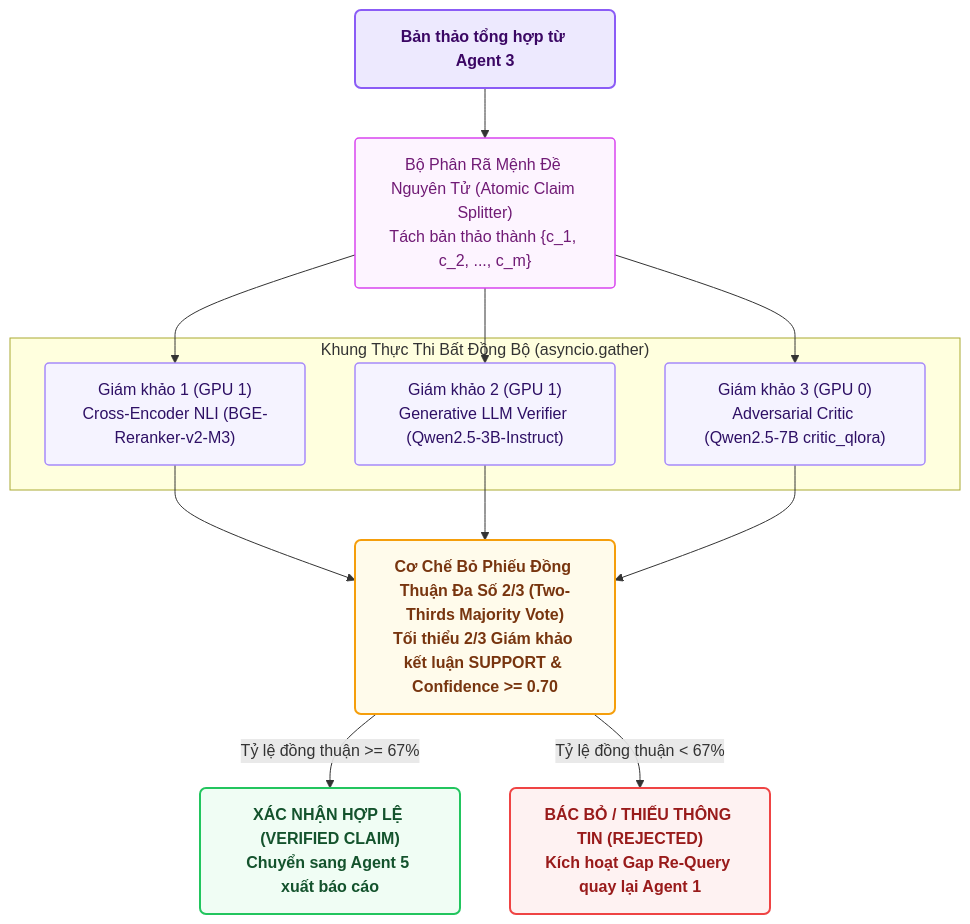
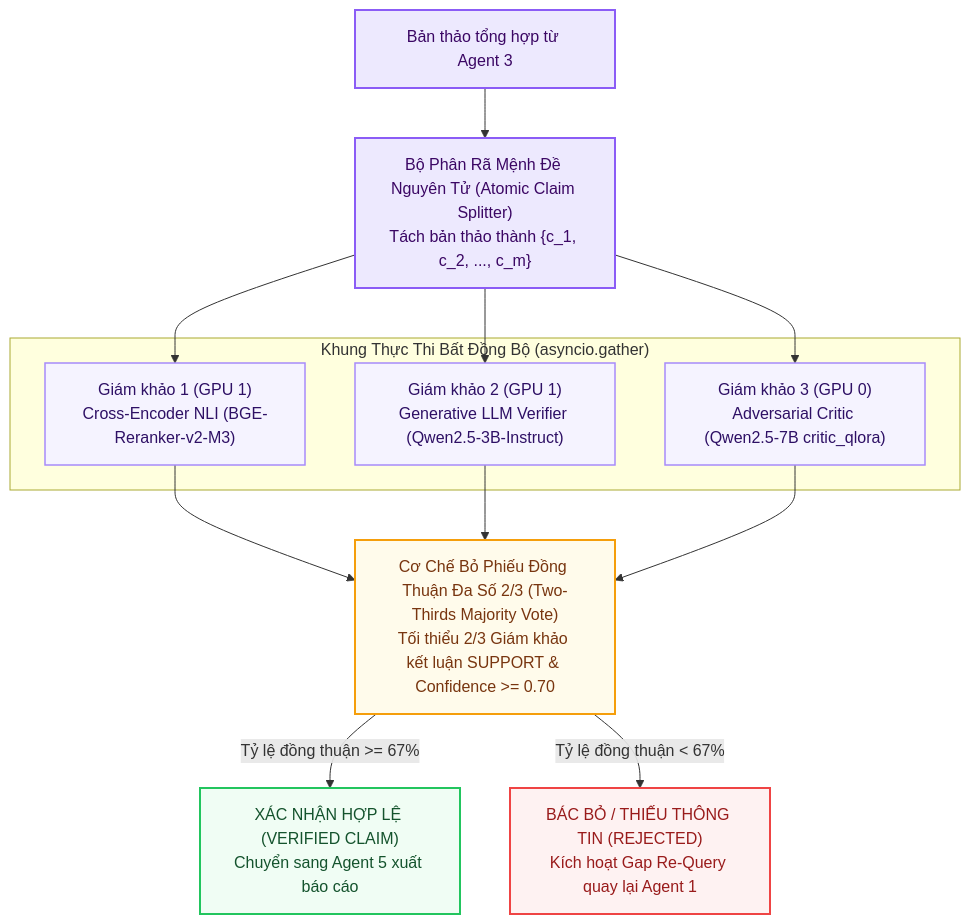
The diagram in reports/05_TUY_CHON_5_KAGGLE_MAX_ENSEMBLE.md (ducmanh-jr/Multi-Agent_RAG), drawn with Mermaid before and after one commit. The commit also changed other lines of this file and 8 other files, not shown here.

Commit message:
fix(reports): resolve Mermaid syntax error (remove invalid rx/ry, clean node labels) and decouple Agent 0 from core 5-agent pipeline

````diff
--- a/reports/05_TUY_CHON_5_KAGGLE_MAX_ENSEMBLE.md
+++ b/reports/05_TUY_CHON_5_KAGGLE_MAX_ENSEMBLE.md
@@ -13,32 +13,37 @@
 ```mermaid
 flowchart TD
-    classDef inputNode fill:#ede9fe,stroke:#8b5cf6,stroke-width:2px,color:#3b0764,font-weight:bold,rx:6,ry:6;
-    classDef claimNode fill:#fdf4ff,stroke:#d946ef,stroke-width:1.5px,color:#701a75,rx:4,ry:4;
-    classDef judgeNode fill:#f5f3ff,stroke:#a78bfa,stroke-width:1.5px,color:#2e1065,rx:4,ry:4;
-    classDef voteNode fill:#fffbeb,stroke:#f59e0b,stroke-width:2px,color:#78350f,font-weight:bold,rx:6,ry:6;
-    classDef passNode fill:#f0fdf4,stroke:#22c55e,stroke-width:2px,color:#14532d,font-weight:bold,rx:6,ry:6;
-    classDef failNode fill:#fef2f2,stroke:#ef4444,stroke-width:2px,color:#991b1b,font-weight:bold,rx:6,ry:6;
-
-    DRAFT["Bản thảo tổng hợp từ Agent 3"]:::inputNode
-    SPLIT["Bộ Phân Rã Mệnh Đề Nguyên Tử (Atomic Claim Splitter)<br/>Tách bản thảo thành {c_1, c_2, ..., c_m}"]:::claimNode
+    DRAFT["Bản thảo tổng hợp từ Agent 3"]
+    SPLIT["Bộ Phân Rã Mệnh Đề Nguyên Tử (Atomic Claim Splitter)<br/>Tách bản thảo thành {c_1, c_2, ..., c_m}"]
 
     subgraph GATHER ["Khung Thực Thi Bất Đồng Bộ (asyncio.gather)"]
-        J1["Giám khảo 1 (GPU 1)<br/>Cross-Encoder NLI (BGE-Reranker-v2-M3)"]:::judgeNode
-        J2["Giám khảo 2 (GPU 1)<br/>Generative LLM Verifier (Qwen2.5-3B-Instruct)"]:::judgeNode
-        J3["Giám khảo 3 (GPU 0)<br/>Adversarial Critic (Qwen2.5-7B critic_qlora)"]:::judgeNode
+        J1["Giám khảo 1 (GPU 1)<br/>Cross-Encoder NLI (BGE-Reranker-v2-M3)"]
+        J2["Giám khảo 2 (GPU 1)<br/>Generative LLM Verifier (Qwen2.5-3B-Instruct)"]
+        J3["Giám khảo 3 (GPU 0)<br/>Adversarial Critic (Qwen2.5-7B critic_qlora)"]
     end
 
-    VOTE["Cơ Chế Bỏ Phiếu Đồng Thuận Đa Số 2/3 (Two-Thirds Majority Vote)<br/>Tối thiểu 2/3 Giám khảo kết luận SUPPORT & Confidence >= 0.70"]:::voteNode
-    PASS["XÁC NHẬN HỢP LỆ (VERIFIED CLAIM)<br/>Chuyển sang Agent 5 xuất báo cáo"]:::passNode
-    FAIL["BÁC BỎ / THIẾU THÔNG TIN (REJECTED)<br/>Kích hoạt Gap Re-Query quay lại Agent 1"]:::failNode
+    VOTE["Cơ Chế Bỏ Phiếu Đồng Thuận Đa Số 2/3 (Two-Thirds Majority Vote)<br/>Tối thiểu 2/3 Giám khảo kết luận SUPPORT & Confidence >= 0.70"]
+    PASS["XÁC NHẬN HỢP LỆ (VERIFIED CLAIM)<br/>Chuyển sang Agent 5 xuất báo cáo"]
+    FAIL["BÁC BỎ / THIẾU THÔNG TIN (REJECTED)<br/>Kích hoạt Gap Re-Query quay lại Agent 1"]
 
     DRAFT --> SPLIT
     SPLIT --> J1
     SPLIT --> J2
     SPLIT --> J3
     J1 --> VOTE
     J2 --> VOTE
     J3 --> VOTE
     VOTE -- "Tỷ lệ đồng thuận >= 67%" --> PASS
     VOTE -- "Tỷ lệ đồng thuận < 67%" --> FAIL
+
+    classDef purple fill:#f5f3ff,stroke:#a78bfa,stroke-width:1.5px,color:#2e1065;
+    classDef input fill:#ede9fe,stroke:#8b5cf6,stroke-width:2px,color:#3b0764;
+    classDef pass fill:#f0fdf4,stroke:#22c55e,stroke-width:2px,color:#14532d;
+    classDef fail fill:#fef2f2,stroke:#ef4444,stroke-width:2px,color:#991b1b;
+    classDef vote fill:#fffbeb,stroke:#f59e0b,stroke-width:2px,color:#78350f;
+
+    class DRAFT,SPLIT input;
+    class J1,J2,J3 purple;
+    class VOTE vote;
+    class PASS pass;
+    class FAIL fail;
 ```
````
